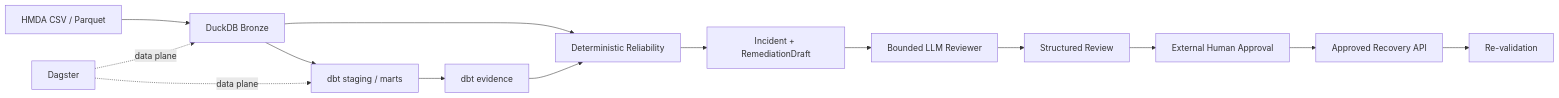
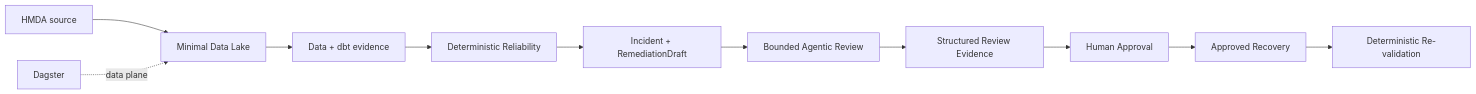
The diagram in docs/development/mvp/README.md (mols3131d/hmda-data-reliability), drawn with Mermaid before and after one commit. The commit also changed other lines of this file and 8 other files, not shown here.

````diff
--- a/docs/development/mvp/README.md
+++ b/docs/development/mvp/README.md
@@ -12,17 +30,14 @@
 ```mermaid
 flowchart LR
-    source["HMDA CSV / Parquet"] --> bronze["DuckDB Bronze"]
-    bronze --> transform["dbt staging / marts"]
-    transform --> artifacts["dbt evidence"]
-    bronze --> reliability["Deterministic Reliability"]
-    artifacts --> reliability
-    reliability --> draft["Incident + RemediationDraft"]
-    draft --> reviewer["Bounded LLM Reviewer"]
-    reviewer --> review["Structured Review"]
-    review --> human["External Human Approval"]
-    human --> recovery["Approved Recovery API"]
-    recovery --> verify["Re-validation"]
+    source["HMDA source"] --> lake["Minimal Data Lake"]
+    lake --> evidence["Data + dbt evidence"]
+    evidence --> reliability["Deterministic Reliability"]
+    reliability --> incident["Incident + RemediationDraft"]
+    incident --> agent["Bounded Agentic Review"]
+    agent --> review["Structured Review Evidence"]
+    review --> human["Human Approval"]
+    human --> recovery["Approved Recovery"]
+    recovery --> verify["Deterministic Re-validation"]
 
-    dagster["Dagster"] -. data plane .-> bronze
-    dagster -. data plane .-> transform
+    dagster["Dagster"] -. data plane .-> lake
 ```
````
